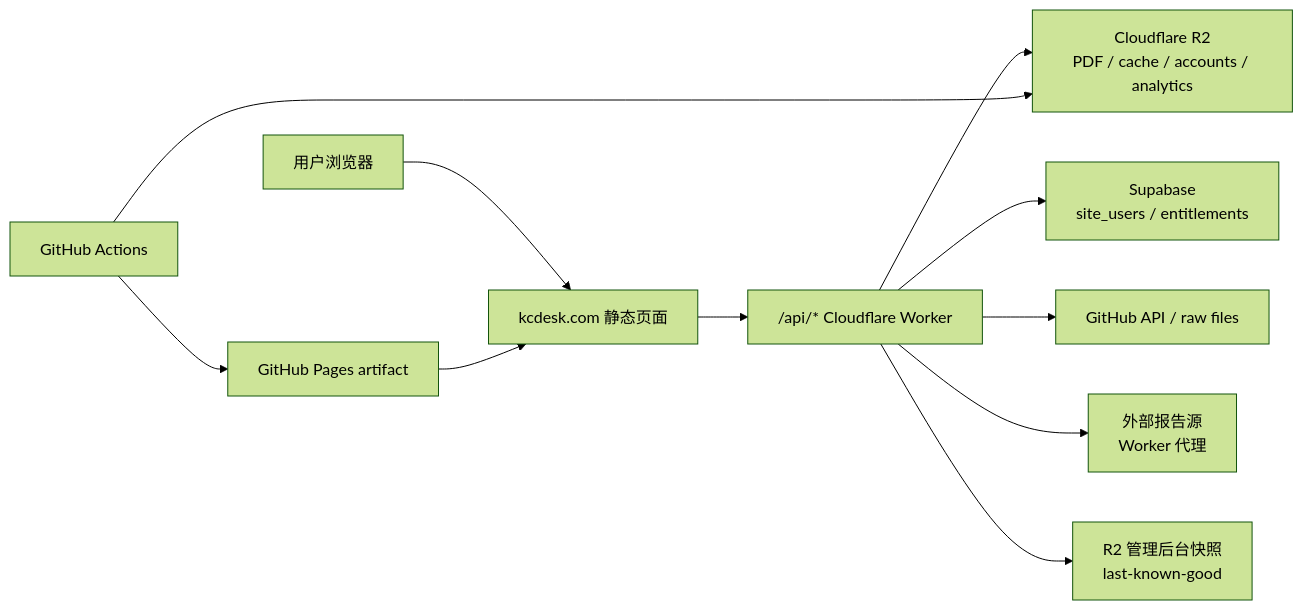
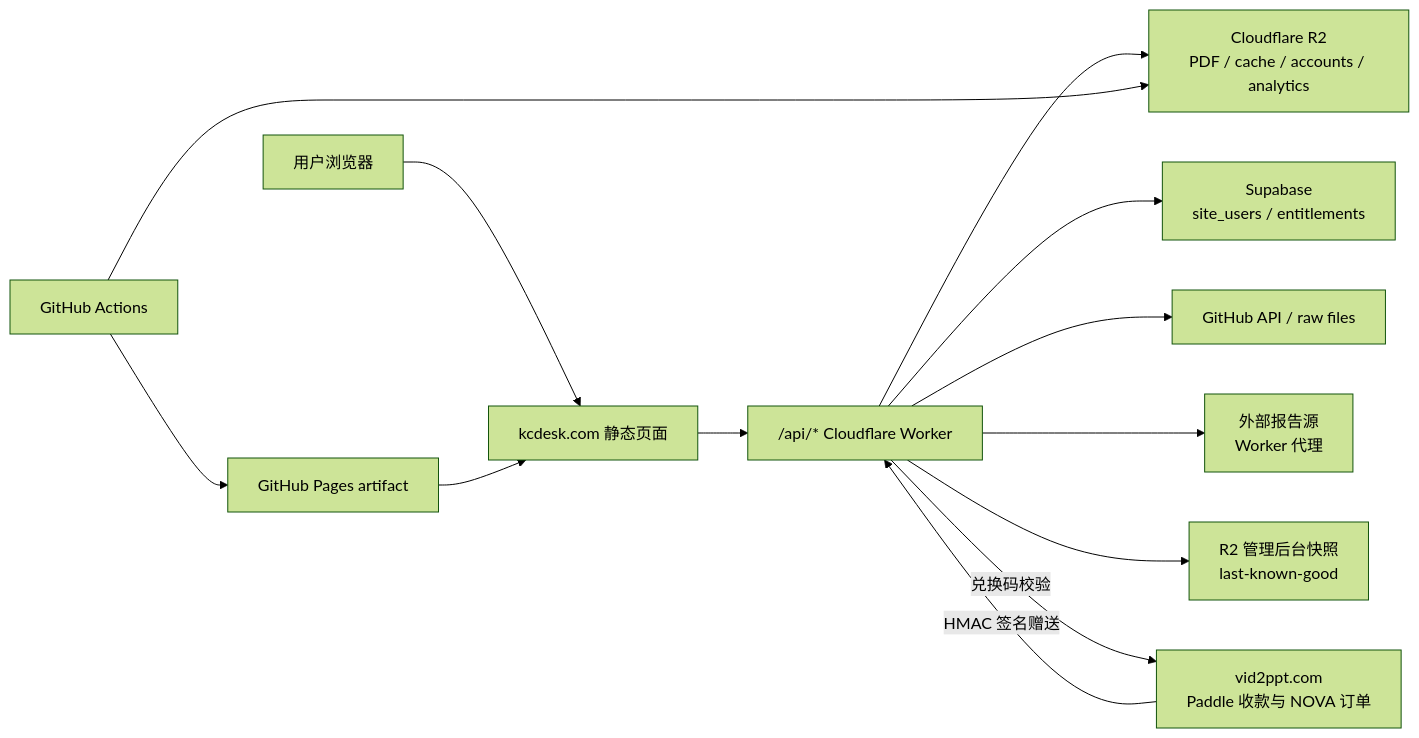
The diagram in docs/kcdesk-architecture.md (yt-feng/rpt_edit), drawn with Mermaid (forest theme) before and after one commit. The commit also changed other lines of this file, not shown here.

Commit message:
Document KCdesk cross-site and compatibility architecture

````diff
--- a/docs/kcdesk-architecture.md
+++ b/docs/kcdesk-architecture.md
@@ -16,13 +20,15 @@
 ```mermaid
 flowchart LR
   U["用户浏览器"] --> D["kcdesk.com 静态页面"]
   D --> API["/api/* Cloudflare Worker"]
   API --> R2["Cloudflare R2<br/>PDF / cache / accounts / analytics"]
   API --> SB["Supabase<br/>site_users / entitlements"]
   API --> GH["GitHub API / raw files"]
   API --> EXT["外部报告源<br/>Worker 代理"]
   API --> SNAP["R2 管理后台快照<br/>last-known-good"]
+  VID["vid2ppt.com<br/>Paddle 收款与 NOVA 订单"] -->|"HMAC 签名赠送"| API
+  API -->|"兑换码校验"| VID
   GHA["GitHub Actions"] --> PAGES["GitHub Pages artifact"]
   GHA --> R2
   PAGES --> D
 ```
````
